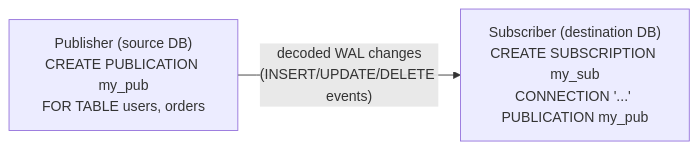
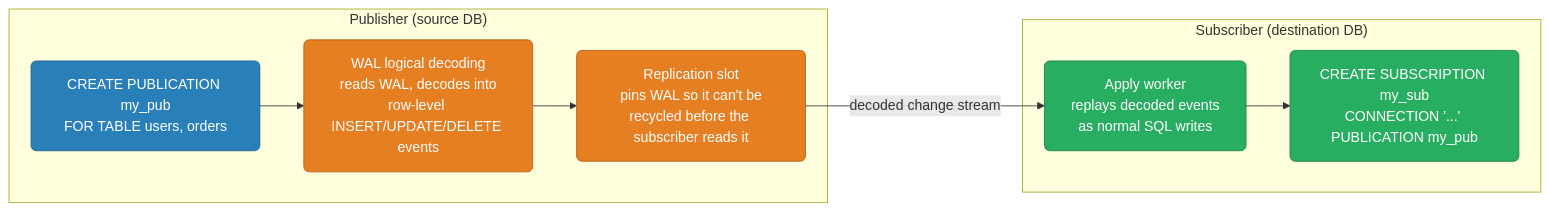
Before and after one commit to deepanshu-rawat6/DevOpsIndex: diagram 11 of 11 in databases/postgres-internals.md, drawn with Mermaid. The commit also changed other lines of this file and 7 other files, not shown here.

````diff
--- a/databases/postgres-internals.md
+++ b/databases/postgres-internals.md
@@ -400,4 +776,19 @@
 ```mermaid
 graph LR
-    PUB["Publisher (source DB)<br>CREATE PUBLICATION my_pub<br>FOR TABLE users, orders"] -->|"decoded WAL changes<br>(INSERT/UPDATE/DELETE events)"| SUB["Subscriber (destination DB)<br>CREATE SUBSCRIPTION my_sub<br>CONNECTION '...' PUBLICATION my_pub"]
+    classDef pub fill:#2980b9,stroke:#1f618d,color:#fff,rx:6
+    classDef decode fill:#e67e22,stroke:#ba6018,color:#fff,rx:6
+    classDef sub fill:#27ae60,stroke:#1e8449,color:#fff,rx:6
+
+    subgraph PUBSIDE["Publisher (source DB)"]
+        PUB["CREATE PUBLICATION my_pub<br/>FOR TABLE users, orders"]:::pub
+        WALDEC["WAL logical decoding<br/>reads WAL, decodes into<br/>row-level INSERT/UPDATE/DELETE events"]:::decode
+        SLOT["Replication slot<br/>pins WAL so it can't be<br/>recycled before the subscriber reads it"]:::decode
+    end
+
+    subgraph SUBSIDE["Subscriber (destination DB)"]
+        APPLY["Apply worker<br/>replays decoded events<br/>as normal SQL writes"]:::sub
+        SUB["CREATE SUBSCRIPTION my_sub<br/>CONNECTION '...' PUBLICATION my_pub"]:::sub
+    end
+
+    PUB --> WALDEC --> SLOT -->|"decoded change stream"| APPLY --> SUB
 ```
````
